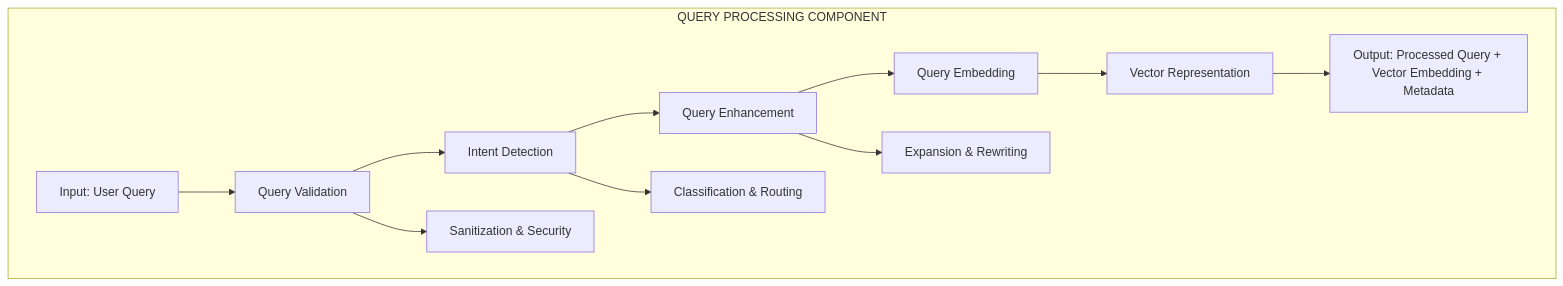
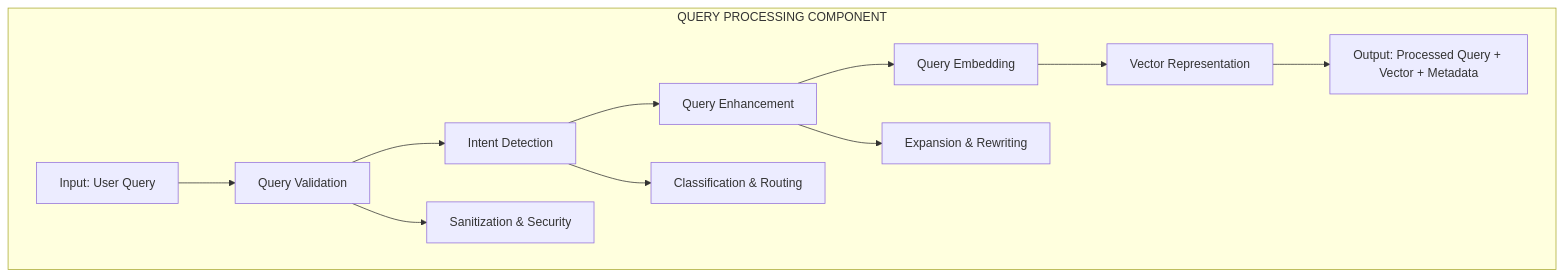
The third of 21 diagrams in rag_solution_architecture_document (1).md (satinath-nit/llm-rag-cookbook), drawn with Mermaid before and after one commit. The commit also changed other lines of this file, not shown here.

````diff
--- a/rag_solution_architecture_document (1).md
+++ b/rag_solution_architecture_document (1).md
@@ -202,30 +202,30 @@
 ```mermaid
 graph TB
     subgraph "QUERY PROCESSING COMPONENT"
         Input[Input: User Query]
         
         QueryVal[Query Validation]
         IntentDet[Intent Detection]
         QueryEnh[Query Enhancement]
         QueryEmb[Query Embedding]
         
         Sanitization[Sanitization & Security]
         Classification[Classification & Routing]
         Expansion[Expansion & Rewriting]
         VectorRep[Vector Representation]
         
-        Output[Output: Processed Query + Vector Embedding + Metadata]
+        Output[Output: Processed Query + Vector + Metadata]
         
         Input --> QueryVal
         QueryVal --> IntentDet
         IntentDet --> QueryEnh
         QueryEnh --> QueryEmb
         
         QueryVal --> Sanitization
         IntentDet --> Classification
         QueryEnh --> Expansion
         QueryEmb --> VectorRep
         
         VectorRep --> Output
     end
 ```
````
